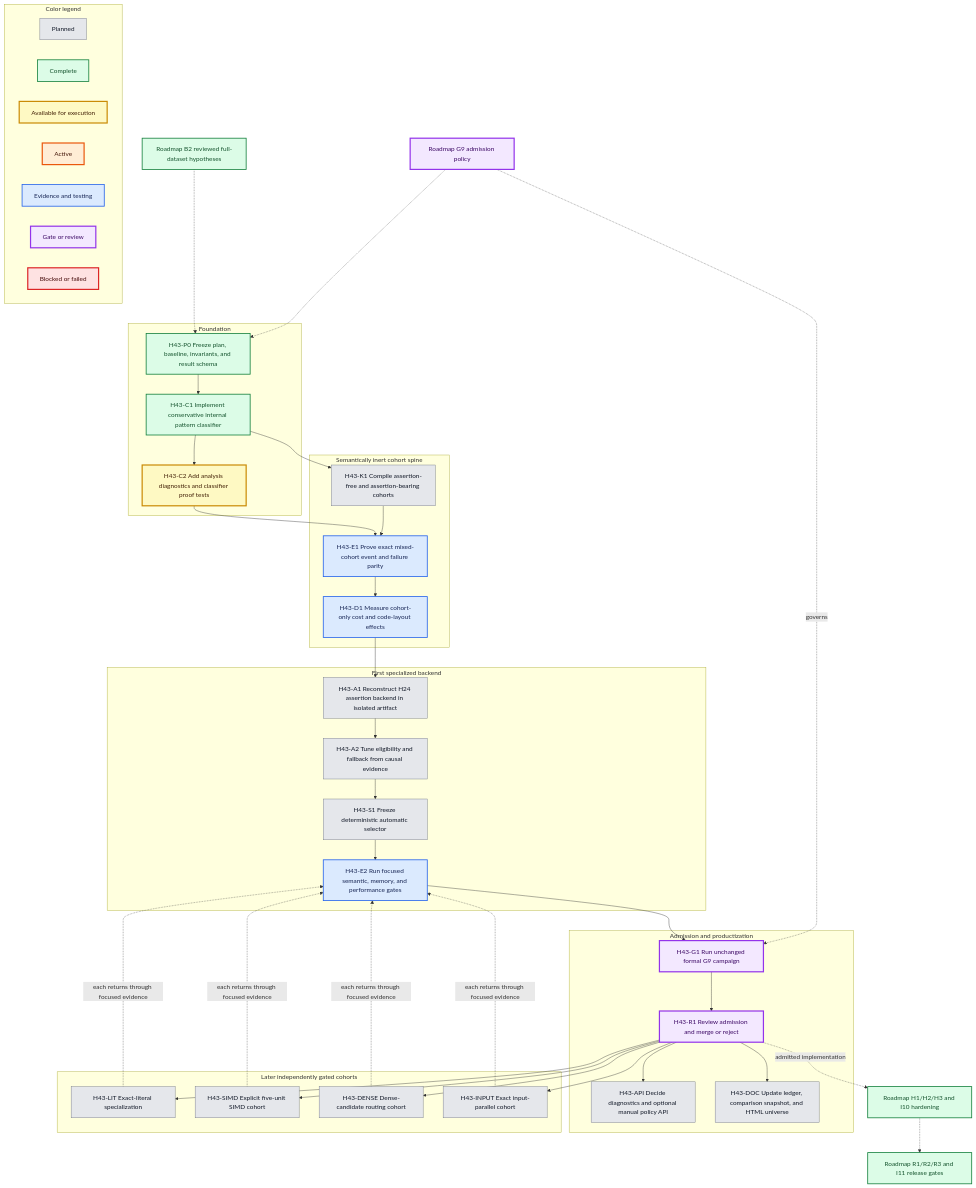
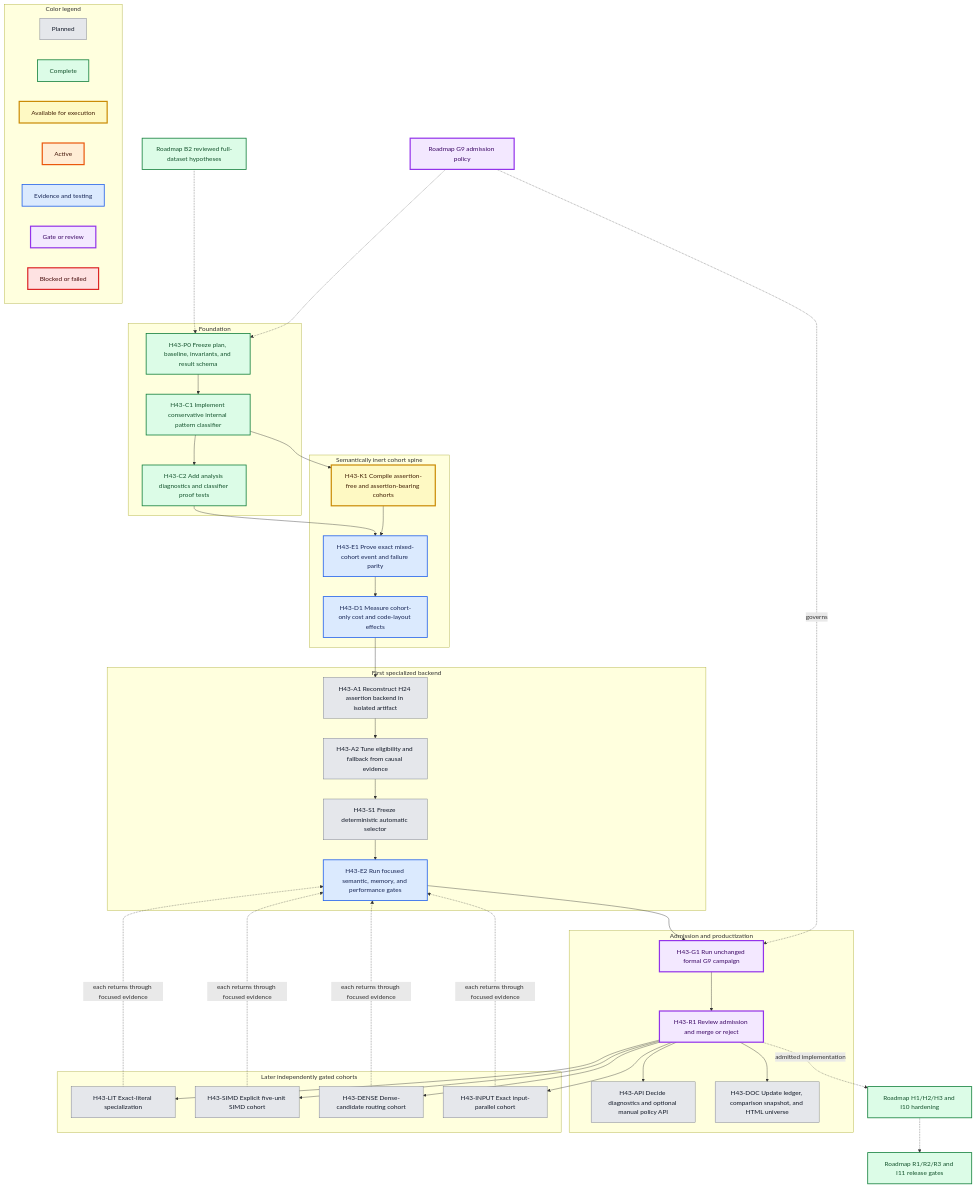
One commit to la3lma/rustmatch changed the first of 3 diagrams in docs/experiments/b2-h-0043-cohort-aware-matcher-plan.md. Above: the diagram before and after it, drawn with Mermaid. The commit also changed other lines of this file and 3 other files, not shown here.

```diff
--- a/docs/experiments/b2-h-0043-cohort-aware-matcher-plan.md
+++ b/docs/experiments/b2-h-0043-cohort-aware-matcher-plan.md
@@ -183,8 +183,9 @@
     class L6 blocked;
     class P0 complete;
     class C1 complete;
-    class C2 available;
-    class K1,A1,A2,S1,API,DOC,LIT,SIMD,DENSE,INPUT planned;
+    class C2 complete;
+    class K1 available;
+    class A1,A2,S1,API,DOC,LIT,SIMD,DENSE,INPUT planned;
     class E1,D1,E2 evidence;
     class G1,R1,G9 gate;
     class B2,HARD,REL complete;
```
